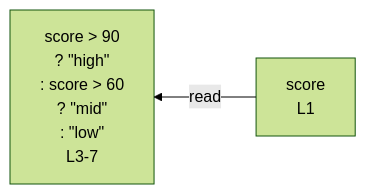
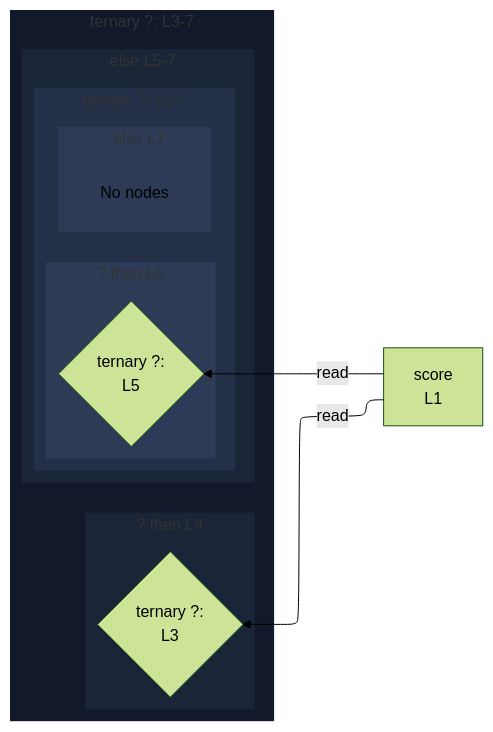
Before and after one commit to crescware/unsnarl: the diagram in integration/fixtures/expression-statement/conditional-chain/preview.md, drawn with Mermaid (forest theme). The commit also changed 163 other files, not shown here.

````diff
--- a/integration/fixtures/expression-statement/conditional-chain/preview.md
+++ b/integration/fixtures/expression-statement/conditional-chain/preview.md
@@ -17,11 +17,40 @@
 ```mermaid
 %%{init: {"flowchart": {"defaultRenderer": "elk"}}}%%
 flowchart RL
   n_scope_0_score_6["score<br/>L1"]
-  n_scope_0_score_6 -->|read| expr_stmt_19
-  expr_stmt_19["score &gt; 90
-  ? &quot;high&quot;
-  : score &gt; 60
-    ? &quot;mid&quot;
-    : &quot;low&quot;<br/>L3-7"]
+  subgraph cont_ternary_scope_0_19["ternary ?: L3-7"]
+    direction RL
+    subgraph s_scope_1["? then L4"]
+      direction RL
+      ternary_test_scope_0_19{"ternary ?:<br/>L3"}
+    end
+    subgraph s_scope_2[": else L5-7"]
+      direction RL
+      subgraph cont_ternary_scope_2_45["ternary ?: L5-7"]
+        direction RL
+        subgraph s_scope_3["? then L6"]
+          direction RL
+          ternary_test_scope_2_45{"ternary ?:<br/>L5"}
+        end
+        subgraph s_scope_4[": else L7"]
+          direction RL
+          elk_empty_s_scope_4["No nodes"]
+        end
+      end
+    end
+  end
+  n_scope_0_score_6 -->|read| ternary_test_scope_0_19
+  n_scope_0_score_6 -->|read| ternary_test_scope_2_45
+  classDef nestL1 fill:#11192a,stroke:transparent;
+  class cont_ternary_scope_0_19 nestL1;
+  classDef nestL2 fill:#1a2538,stroke:transparent;
+  class s_scope_1 nestL2;
+  class s_scope_2 nestL2;
+  classDef nestL3 fill:#243047,stroke:transparent;
+  class cont_ternary_scope_2_45 nestL3;
+  classDef nestL4 fill:#2d3b57,stroke:transparent;
+  class s_scope_3 nestL4;
+  class s_scope_4 nestL4;
+  classDef elkEmptyPlaceholder fill:transparent,stroke:transparent;
+  class elk_empty_s_scope_4 elkEmptyPlaceholder;
 ```
````
